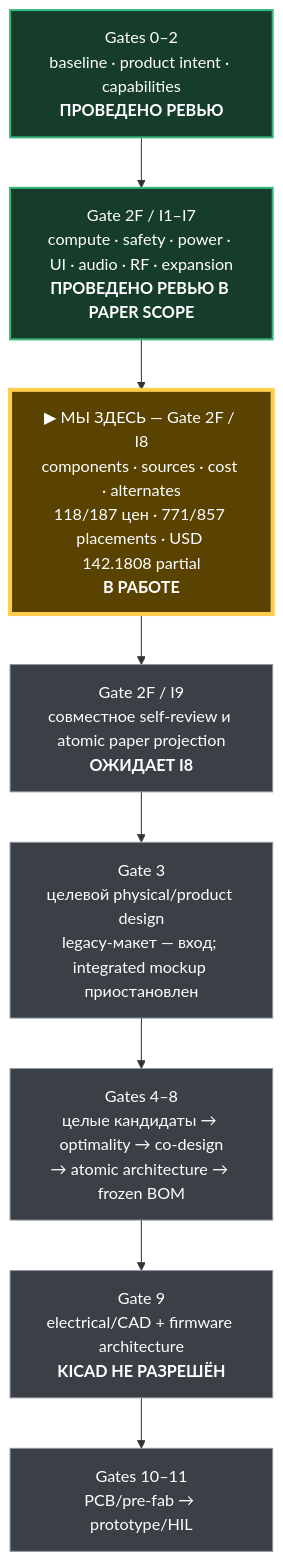
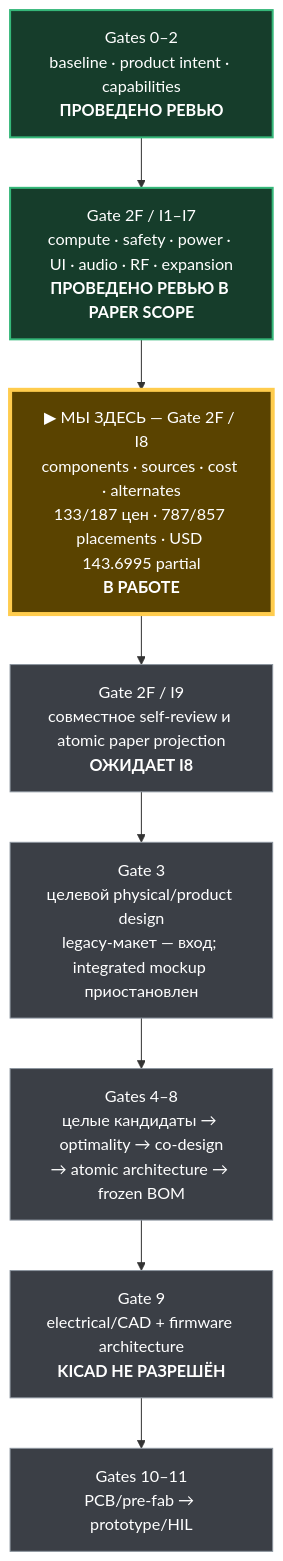
Before and after one commit to anton-vinogradov/esp32-leshy2: the diagram in docs/review/stages.md, drawn with Mermaid. The commit also changed other lines of this file and 32 other files, not shown here.

````diff
--- a/docs/review/stages.md
+++ b/docs/review/stages.md
@@ -15,20 +15,20 @@
 ```mermaid
 flowchart TD
   G02["Gates 0–2<br/>baseline · product intent · capabilities<br/><b>ПРОВЕДЕНО РЕВЬЮ</b>"]
   I17["Gate 2F / I1–I7<br/>compute · safety · power · UI · audio · RF · expansion<br/><b>ПРОВЕДЕНО РЕВЬЮ В PAPER SCOPE</b>"]
-  I8["▶ МЫ ЗДЕСЬ — Gate 2F / I8<br/>components · sources · cost · alternates<br/>118/187 цен · 771/857 placements · USD 142.1808 partial<br/><b>В РАБОТЕ</b>"]
+  I8["▶ МЫ ЗДЕСЬ — Gate 2F / I8<br/>components · sources · cost · alternates<br/>133/187 цен · 787/857 placements · USD 143.6995 partial<br/><b>В РАБОТЕ</b>"]
   I9["Gate 2F / I9<br/>совместное self-review и atomic paper projection<br/><b>ОЖИДАЕТ I8</b>"]
   G3["Gate 3<br/>целевой physical/product design<br/>legacy-макет — вход; integrated mockup приостановлен"]
   G48["Gates 4–8<br/>целые кандидаты → optimality → co-design<br/>→ atomic architecture → frozen BOM"]
   G9["Gate 9<br/>electrical/CAD + firmware architecture<br/><b>KICAD НЕ РАЗРЕШЁН</b>"]
   G1011["Gates 10–11<br/>PCB/pre-fab → prototype/HIL"]
 
   G02 --> I17 --> I8 --> I9 --> G3 --> G48 --> G9 --> G1011
 
   classDef reviewed fill:#163d2b,stroke:#35b779,color:#ffffff,stroke-width:2px;
   classDef current fill:#5a4300,stroke:#ffcc4d,color:#ffffff,stroke-width:4px;
   classDef blocked fill:#3b3f46,stroke:#8b949e,color:#ffffff,stroke-width:1px;
   class G02,I17 reviewed;
   class I8 current;
   class I9,G3,G48,G9,G1011 blocked;
 ```
````
